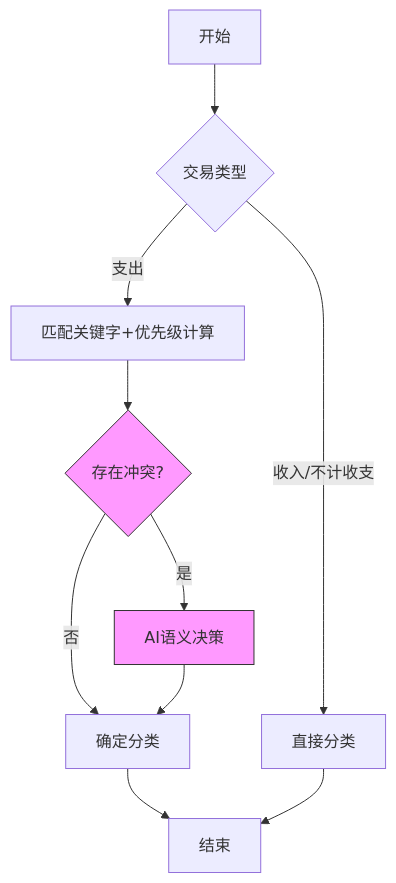
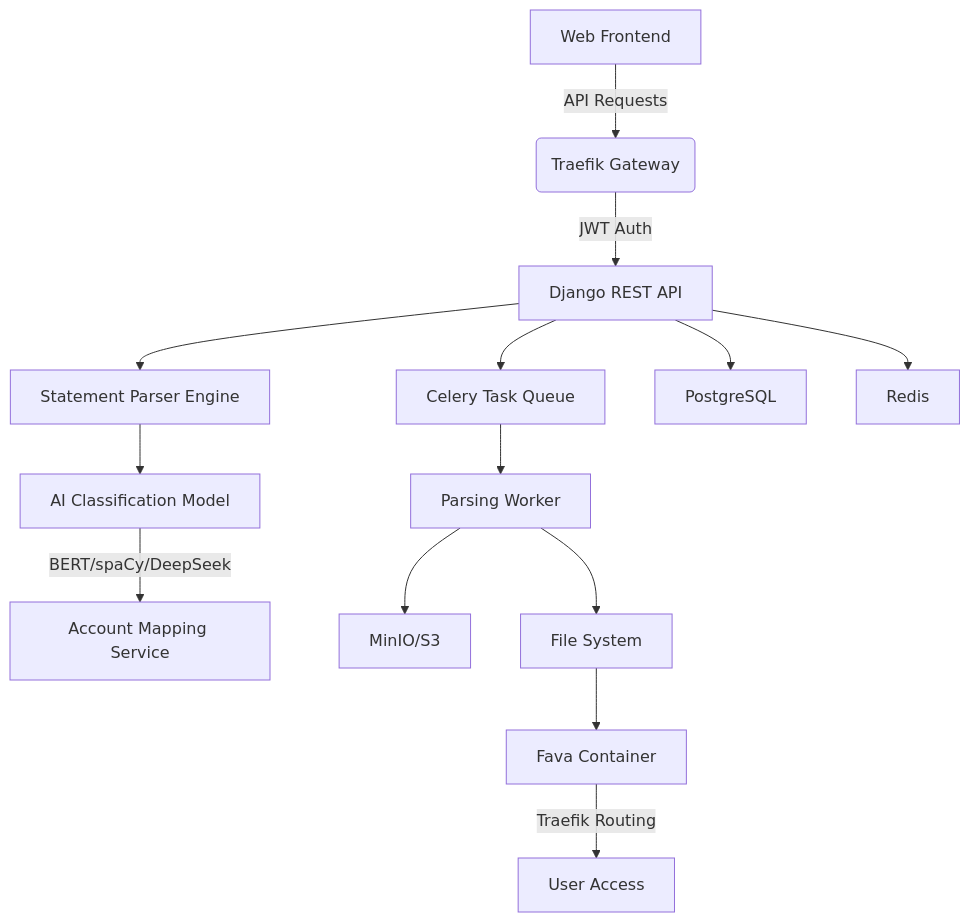
One commit to dhr2333/Beancount-Trans changed the first of 2 diagrams in README.md. Above: the diagram before and after it, drawn with Mermaid. The commit also changed other lines of this file and 1 other file, not shown here.

````diff
--- a/README.md
+++ b/README.md
@@ -37,15 +37,16 @@
 ```mermaid
 graph TD
-    A[开始] --> B{交易类型}
-    B -->|支出| C[匹配关键字+优先级计算]
-    B -->|收入/不计收支| D[直接分类]
-    C --> E{存在冲突?}
-    E -->|是| F[AI语义决策]
-    E -->|否| G[确定分类]
-    F --> G
-    G --> H[结束]
-    D --> H
-
-    classDef focus fill:#f9f,stroke:#333;
-    class E,F focus
+    A[Web Frontend] -->|API Requests| B(Traefik Gateway)
+    B -->|JWT Auth| C[Django REST API]
+    C --> D[Statement Parser Engine]
+    D --> E[AI Classification Model]
+    E -->|BERT/spaCy/DeepSeek| F[Account Mapping Service]
+    C --> G[Celery Task Queue]
+    G --> H[Parsing Worker]
+    H --> I[MinIO/S3]
+    H --> J[File System]
+    J --> K[Fava Container]
+    C --> L[PostgreSQL]
+    C --> M[Redis]
+    K -->|Traefik Routing| N[User Access]
 ```
````
